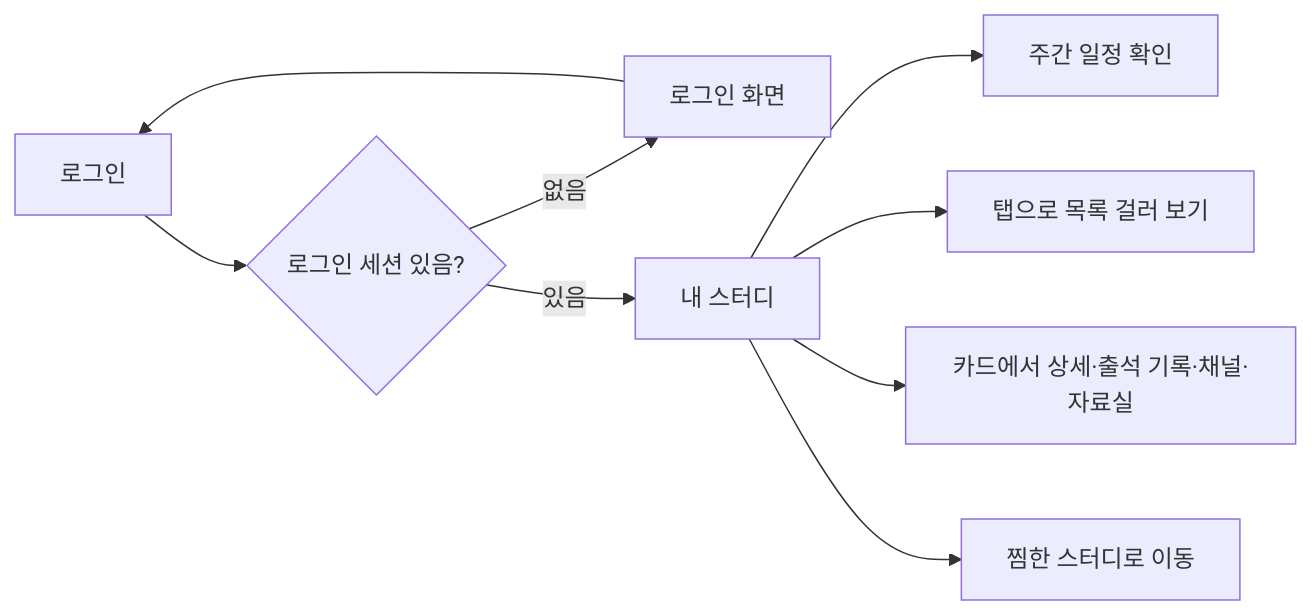
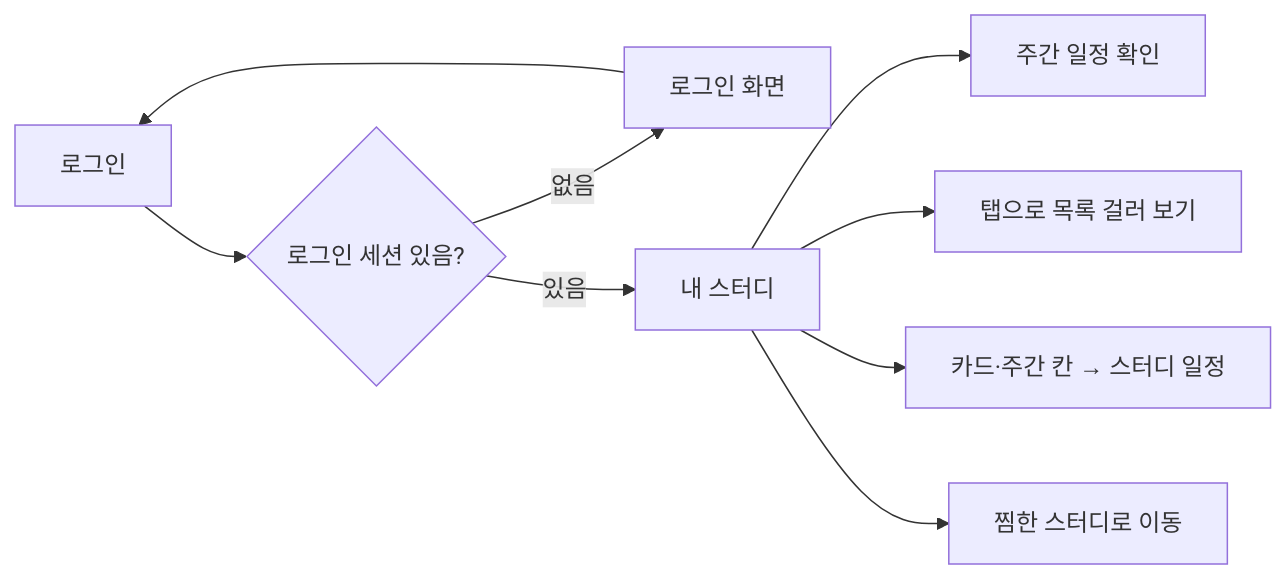
Before and after one commit to StudyClub-PlusPlus/studyclub-engineering: the first of 2 diagrams in planning/stories/crew-joined-studies/PRD.md, drawn with Mermaid. The commit also changed other lines of this file and 8 other files, not shown here.

````diff
--- a/planning/stories/crew-joined-studies/PRD.md
+++ b/planning/stories/crew-joined-studies/PRD.md
@@ -22,11 +21,11 @@
 ```mermaid
 flowchart LR
   A["로그인"] --> B{"로그인 세션 있음?"}
   B -->|없음| C["로그인 화면"]
   C --> A
   B -->|있음| D["내 스터디"]
   D --> E["주간 일정 확인"]
   D --> F["탭으로 목록 걸러 보기"]
-  D --> G["카드에서 상세·출석 기록·채널·자료실"]
+  D --> G["카드·주간 칸 → 스터디 일정"]
   D --> H["찜한 스터디로 이동"]
 ```
````
